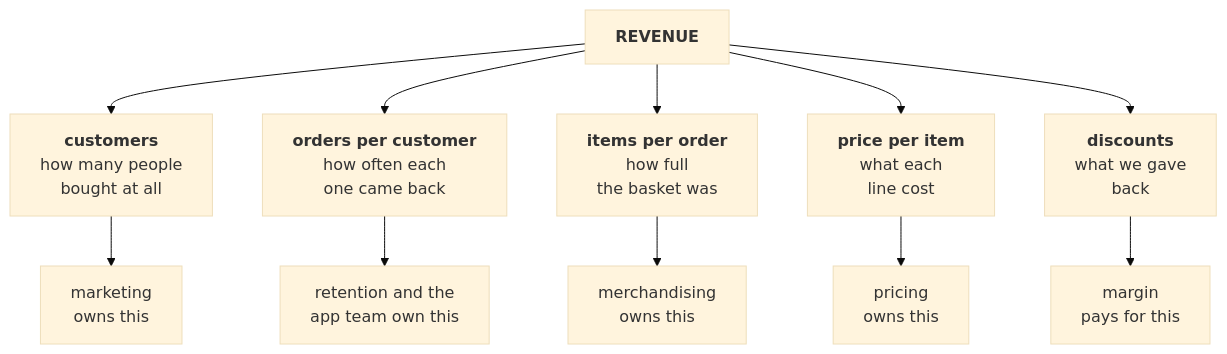
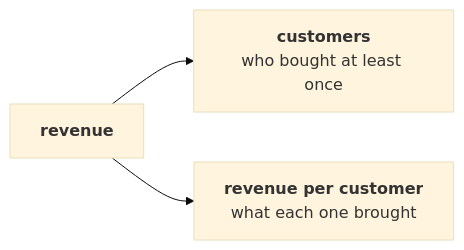
The first of 3 diagrams in content/W01/D1/whiteboards/C2_W01_D01_revenue_tree_STUDENT.md (fde-academy-lab/c2-content-factory), drawn with Mermaid (base theme) before and after one commit. The commit also changed other lines of this file and 6 other files, not shown here.

````diff
--- a/content/W01/D1/whiteboards/C2_W01_D01_revenue_tree_STUDENT.md
+++ b/content/W01/D1/whiteboards/C2_W01_D01_revenue_tree_STUDENT.md
@@ -35,14 +23,5 @@
 ```mermaid
-flowchart TB
-    R["<b>REVENUE</b>"]
-    R --> C["<b>customers</b><br/>how many people<br/>bought at all"]
-    R --> F["<b>orders per customer</b><br/>how often each<br/>one came back"]
-    R --> I["<b>items per order</b><br/>how full<br/>the basket was"]
-    R --> P["<b>price per item</b><br/>what each<br/>line cost"]
-    R --> D["<b>discounts</b><br/>what we gave<br/>back"]
-    C --> C2["marketing<br/>owns this"]
-    F --> F2["retention and the<br/>app team own this"]
-    I --> I2["merchandising<br/>owns this"]
-    P --> P2["pricing<br/>owns this"]
-    D --> D2["margin<br/>pays for this"]
+flowchart LR
+    R["<b>revenue</b>"] --> C["<b>customers</b><br/>who bought at least once"]
+    R --> V["<b>revenue per customer</b><br/>what each one brought"]
 ```
````
